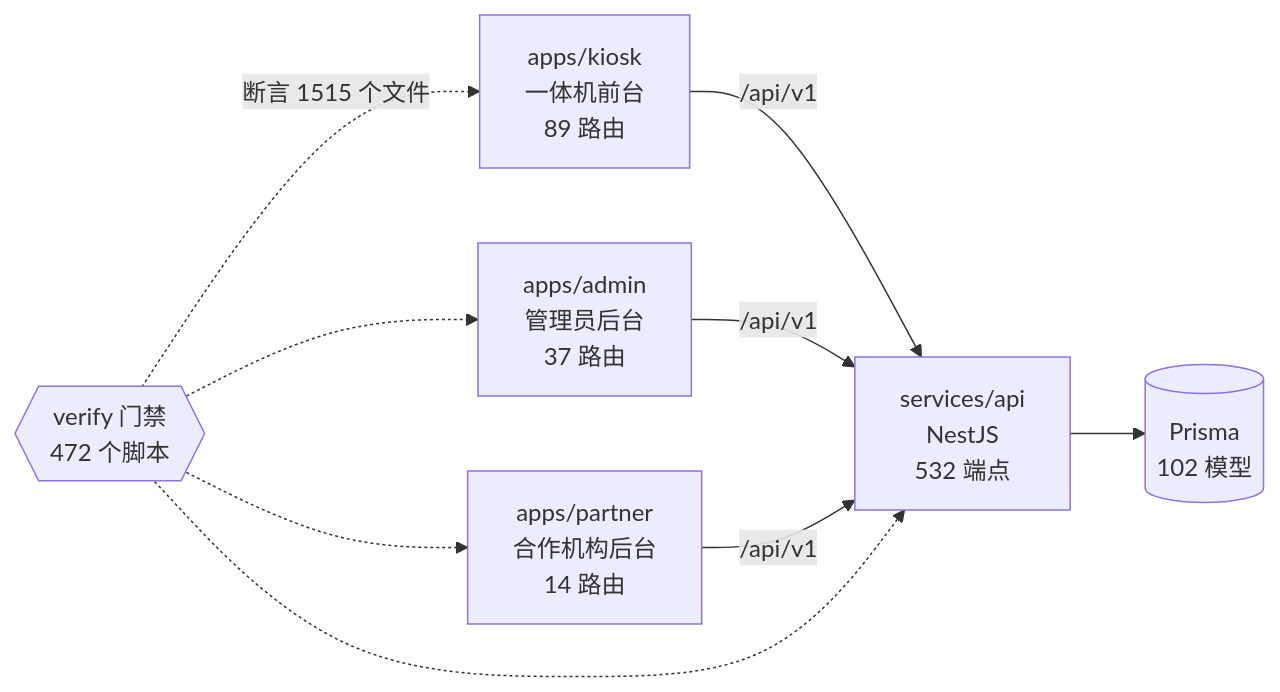
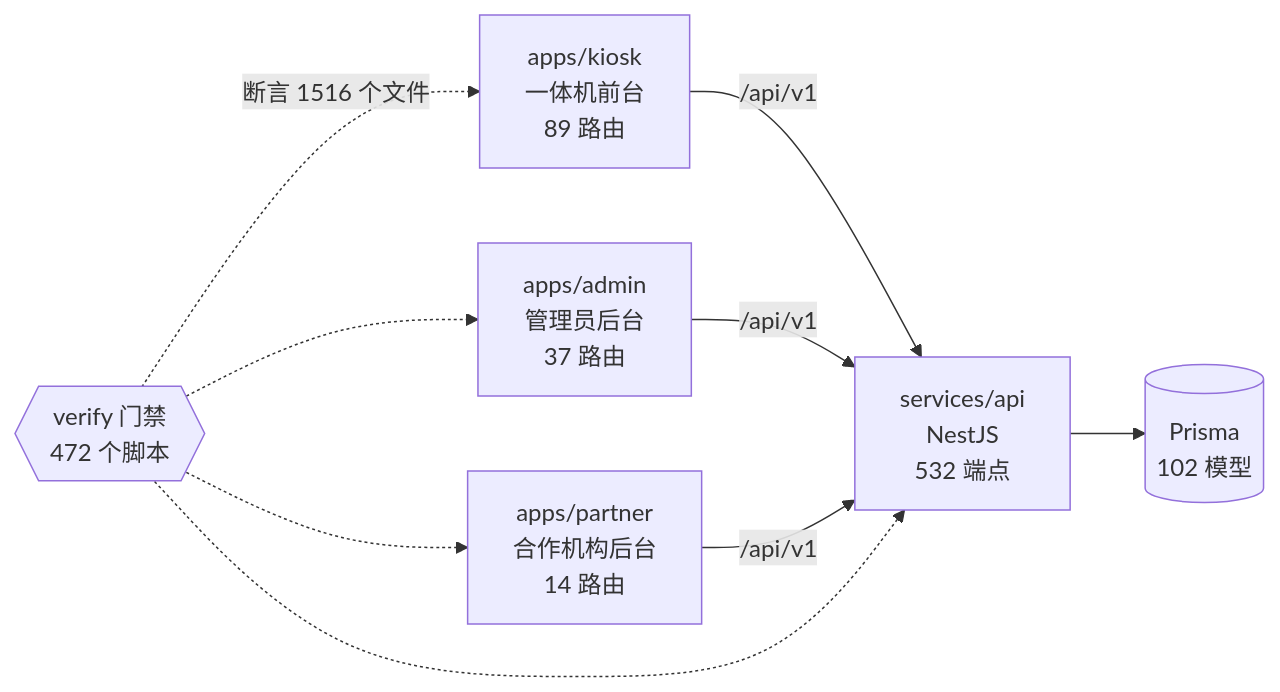
One commit to wanglei581/YITIJI changed the diagram in docs/graph/README.md. Above: the diagram before and after it, drawn with Mermaid. The commit also changed other lines of this file and 10 other files, not shown here.

````diff
--- a/docs/graph/README.md
+++ b/docs/graph/README.md
@@ -68,18 +68,18 @@
 ```mermaid
 flowchart LR
   kiosk["apps/kiosk<br/>一体机前台<br/>89 路由"]
   admin["apps/admin<br/>管理员后台<br/>37 路由"]
   partner["apps/partner<br/>合作机构后台<br/>14 路由"]
   api["services/api<br/>NestJS<br/>532 端点"]
   db[("Prisma<br/>102 模型")]
   gates{{"verify 门禁<br/>472 个脚本"}}
 
   kiosk -->|"/api/v1"| api
   admin -->|"/api/v1"| api
   partner -->|"/api/v1"| api
   api --> db
-  gates -.->|"断言 1515 个文件"| kiosk
+  gates -.->|"断言 1516 个文件"| kiosk
   gates -.-> admin
   gates -.-> partner
   gates -.-> api
 ```
````
